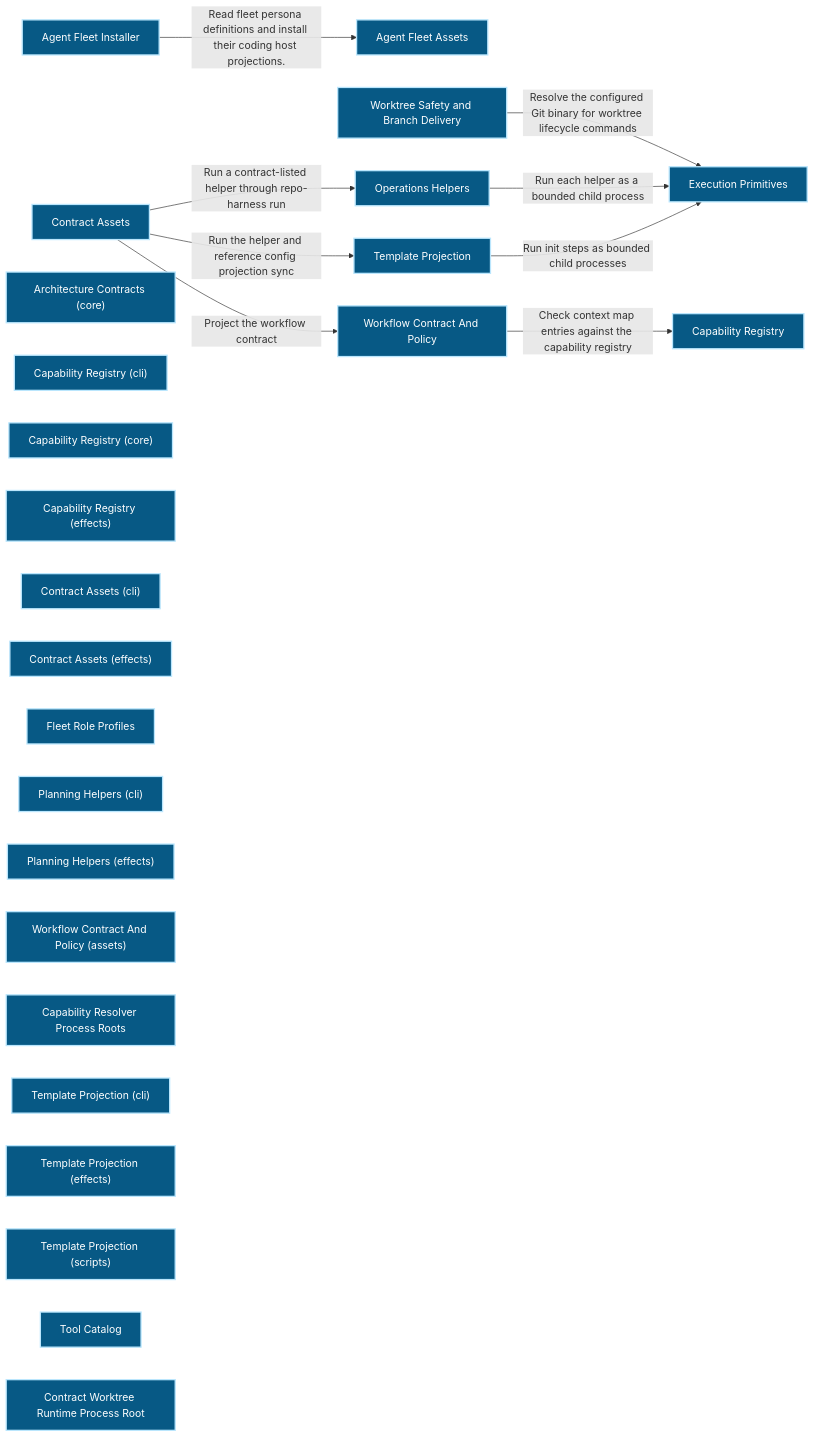
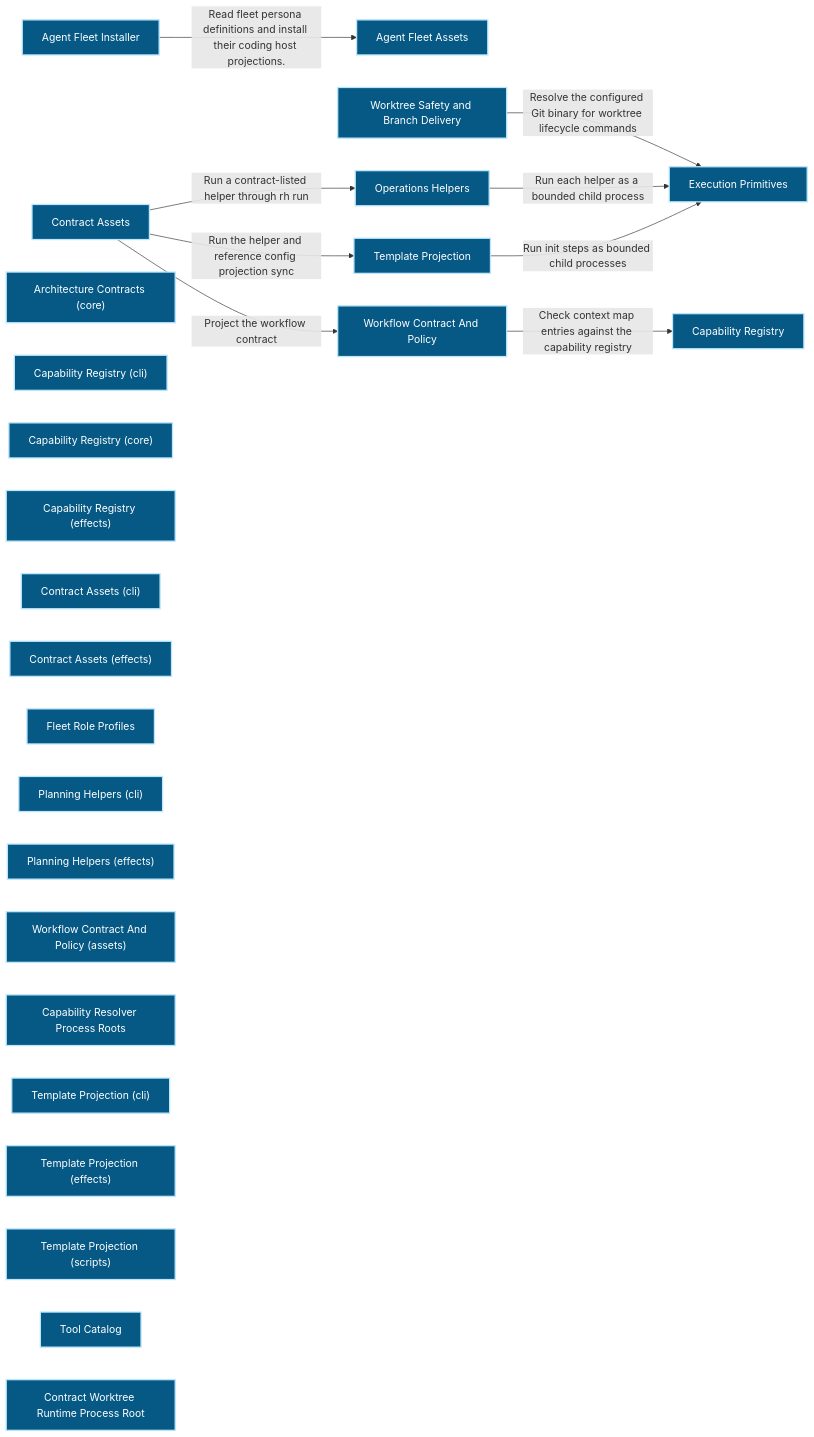
The first of 2 diagrams in docs/architecture/modules/workflow-engine/contract-assets.md (Ancienttwo/repo-harness), drawn with Mermaid before and after one commit. The commit also changed other lines of this file and 6 other files, not shown here.

First line of the commit message:
chore(projection): refresh generated architecture outputs for main@aba0fc1283c5 (#2728)

````diff
--- a/docs/architecture/modules/workflow-engine/contract-assets.md
+++ b/docs/architecture/modules/workflow-engine/contract-assets.md
@@ -15,40 +15,40 @@
 ```mermaid
 flowchart LR
   p1_capability_workflow_engine_contract_assets_c7ab122d["Contract Assets"]:::component
   p1_capability_workflow_engine_execution_primitives_b3033934["Execution Primitives"]:::component
   p1_component_contract_assets_agent_fleet_assets_b2a3cd22["Agent Fleet Assets"]:::component
   p1_component_contract_assets_agent_fleet_installer_5c94d58e["Agent Fleet Installer"]:::component
   p1_component_contract_assets_architecture_contracts_06002ce4["Architecture Contracts (core)"]:::component
   p1_component_contract_assets_capability_registry_87c3dd18["Capability Registry"]:::component
   p1_component_contract_assets_capability_registry_cli_2b3df796["Capability Registry (cli)"]:::component
   p1_component_contract_assets_capability_registry_core_31561a08["Capability Registry (core)"]:::component
   p1_component_contract_assets_capability_registry_effects_691a8423["Capability Registry (effects)"]:::component
   p1_component_contract_assets_cli_layer_90bb6fa4["Contract Assets (cli)"]:::component
   p1_component_contract_assets_contract_worktree_lifecycle_5cb413df["Worktree Safety and Branch Delivery"]:::component
   p1_component_contract_assets_effects_layer_03f9e65c["Contract Assets (effects)"]:::component
   p1_component_contract_assets_fleet_role_profiles_27f88d3d["Fleet Role Profiles"]:::component
   p1_component_contract_assets_planning_helpers_7600c3e5["Operations Helpers"]:::component
   p1_component_contract_assets_planning_helpers_cli_8bc2bdf7["Planning Helpers (cli)"]:::component
   p1_component_contract_assets_planning_helpers_effects_57f98a5d["Planning Helpers (effects)"]:::component
   p1_component_contract_assets_primary_21097608["Workflow Contract And Policy"]:::component
   p1_component_contract_assets_primary_assets_2781b8e0["Workflow Contract And Policy (assets)"]:::component
   p1_component_contract_assets_resolver_root_0cc105e2["Capability Resolver Process Roots"]:::component
   p1_component_contract_assets_template_projection_e6aa176d["Template Projection"]:::component
   p1_component_contract_assets_template_projection_cli_568c10ed["Template Projection (cli)"]:::component
   p1_component_contract_assets_template_projection_effects_b7613afa["Template Projection (effects)"]:::component
   p1_component_contract_assets_template_projection_scripts_e75fee1f["Template Projection (scripts)"]:::component
   p1_component_contract_assets_tool_catalog_e1042e03["Tool Catalog"]:::component
   p1_component_contract_assets_worktree_runtime_root_c8392daf["Contract Worktree Runtime Process Root"]:::component
   p1_component_contract_assets_agent_fleet_installer_5c94d58e -->|"Read fleet persona definitions and install their coding host projections."| p1_component_contract_assets_agent_fleet_assets_b2a3cd22
   p1_component_contract_assets_contract_worktree_lifecycle_5cb413df -->|"Resolve the configured Git binary for worktree lifecycle commands"| p1_capability_workflow_engine_execution_primitives_b3033934
-  p1_capability_workflow_engine_contract_assets_c7ab122d -->|"Run a contract-listed helper through repo-harness run"| p1_component_contract_assets_planning_helpers_7600c3e5
+  p1_capability_workflow_engine_contract_assets_c7ab122d -->|"Run a contract-listed helper through rh run"| p1_component_contract_assets_planning_helpers_7600c3e5
   p1_component_contract_assets_planning_helpers_7600c3e5 -->|"Run each helper as a bounded child process"| p1_capability_workflow_engine_execution_primitives_b3033934
   p1_capability_workflow_engine_contract_assets_c7ab122d -->|"Project the workflow contract"| p1_component_contract_assets_primary_21097608
   p1_component_contract_assets_primary_21097608 -->|"Check context map entries against the capability registry"| p1_component_contract_assets_capability_registry_87c3dd18
   p1_capability_workflow_engine_contract_assets_c7ab122d -->|"Run the helper and reference config projection sync"| p1_component_contract_assets_template_projection_e6aa176d
   p1_component_contract_assets_template_projection_e6aa176d -->|"Run init steps as bounded child processes"| p1_capability_workflow_engine_execution_primitives_b3033934
   classDef actor fill:#111827,color:#ffffff,stroke:#f9fafb,stroke-width:2px
   classDef component fill:#075985,color:#ffffff,stroke:#bae6fd,stroke-width:2px
   classDef datastore fill:#3f6212,color:#ffffff,stroke:#d9f99d,stroke-width:2px
   classDef external fill:#7c2d12,color:#ffffff,stroke:#fed7aa,stroke-width:2px
 ```
````
